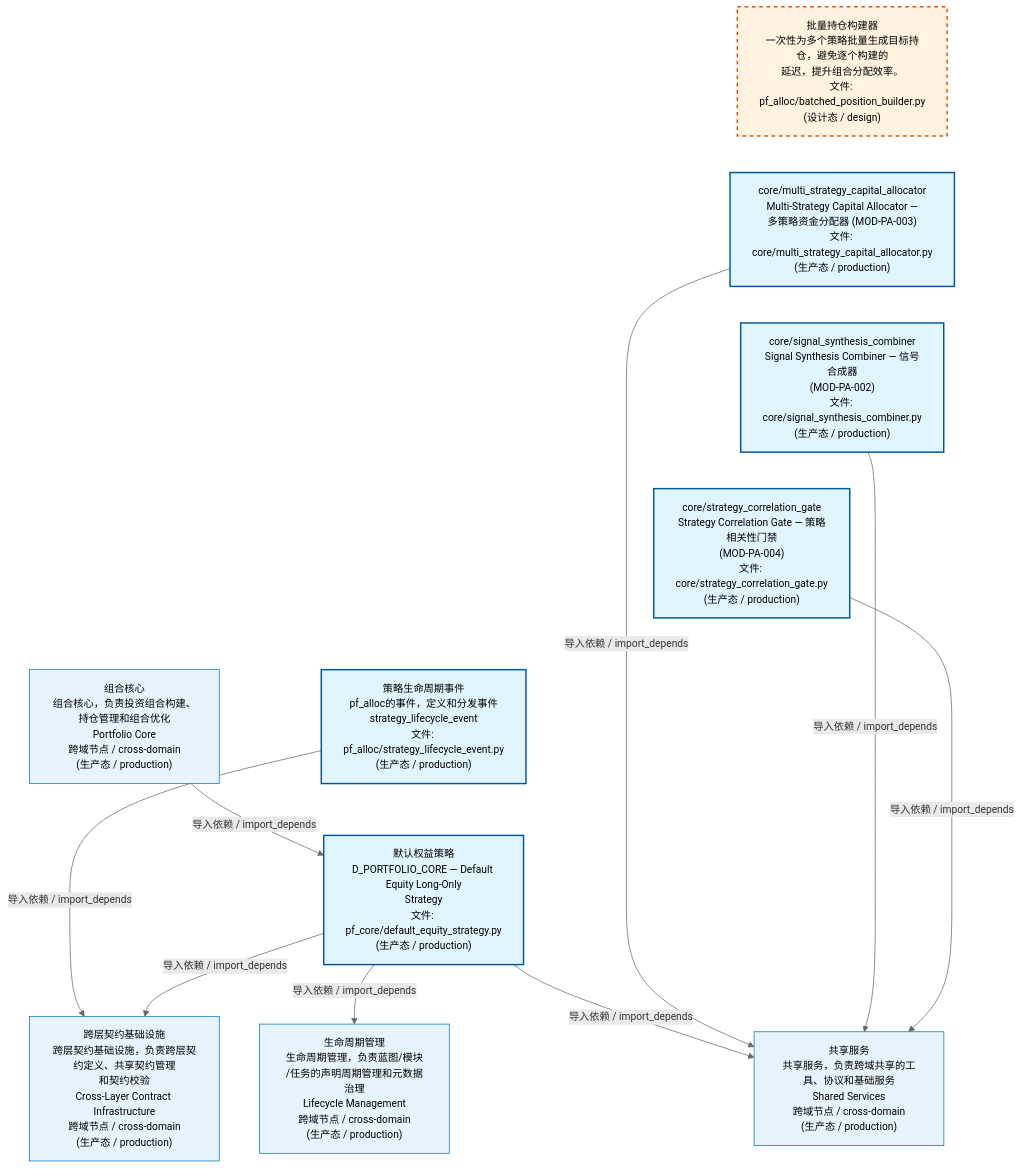
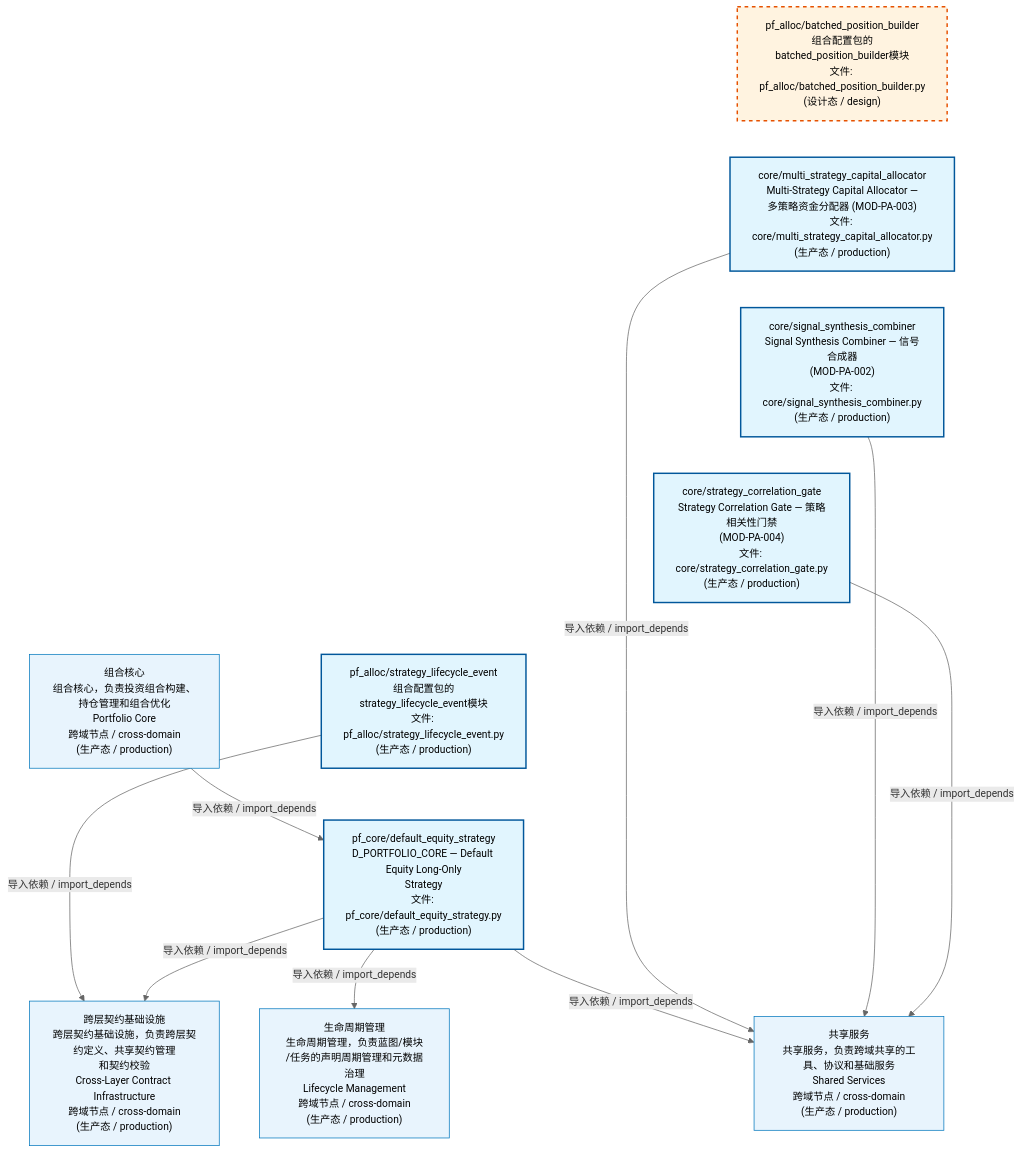
One commit to xuanFelixVan/ZephyrAlpha changed the first of 4 diagrams in docs/02_enterprise_architecture/02_domain_architecture_docs/62_d_pf_alloc.md. Above: the diagram before and after it, drawn with Mermaid. The commit also changed other lines of this file and 58 other files, not shown here.

````diff
--- a/docs/02_enterprise_architecture/02_domain_architecture_docs/62_d_pf_alloc.md
+++ b/docs/02_enterprise_architecture/02_domain_architecture_docs/62_d_pf_alloc.md
@@ -53,34 +53,34 @@
 ```mermaid
 %%{init: {'theme': 'base', 'themeVariables': {'primaryColor': '#eaeaea', 'primaryTextColor': '#333333', 'primaryBorderColor': '#666666', 'lineColor': '#666666', 'secondaryColor': '#eaeaea', 'tertiaryColor': '#eaeaea', 'fontSize': '14px'}}}%%
 flowchart TD
-    src_zephyr_pf_alloc_batched_position_builder_py["批量持仓构建器<br/>一次性为多个策略批量生成目标持仓，避免逐个构建的<br/>延迟，提升组合分配效率。<br/>文件: pf_alloc/batched_position_builder.py<br/>(设计态 / design)"]
+    src_zephyr_pf_alloc_batched_position_builder_py["pf_alloc/batched_position_builder<br/>组合配置包的batched_position_builder模块<br/>文件: pf_alloc/batched_position_builder.py<br/>(设计态 / design)"]
     src_zephyr_pf_alloc_core_multi_strategy_capital_allocator_py["core/multi_strategy_capital_allocator<br/>Multi-Strategy Capital Allocator —<br/>多策略资金分配器 (MOD-PA-003)<br/>文件: core/multi_strategy_capital_allocator.py<br/>(生产态 / production)"]
     src_zephyr_pf_alloc_core_signal_synthesis_combiner_py["core/signal_synthesis_combiner<br/>Signal Synthesis Combiner — 信号合成器<br/>(MOD-PA-002)<br/>文件: core/signal_synthesis_combiner.py<br/>(生产态 / production)"]
     src_zephyr_pf_alloc_core_strategy_correlation_gate_py["core/strategy_correlation_gate<br/>Strategy Correlation Gate — 策略相关性门禁<br/>(MOD-PA-004)<br/>文件: core/strategy_correlation_gate.py<br/>(生产态 / production)"]
-    src_zephyr_pf_alloc_strategy_lifecycle_event_py["策略生命周期事件<br/>pf_alloc的事件，定义和分发事件<br/>strategy_lifecycle_event<br/>文件: pf_alloc/strategy_lifecycle_event.py<br/>(生产态 / production)"]
-    src_zephyr_pf_core_default_equity_strategy_py["默认权益策略<br/>D_PORTFOLIO_CORE — Default Equity Long-Only<br/>Strategy<br/>文件: pf_core/default_equity_strategy.py<br/>(生产态 / production)"]
+    src_zephyr_pf_alloc_strategy_lifecycle_event_py["pf_alloc/strategy_lifecycle_event<br/>组合配置包的strategy_lifecycle_event模块<br/>文件: pf_alloc/strategy_lifecycle_event.py<br/>(生产态 / production)"]
+    src_zephyr_pf_core_default_equity_strategy_py["pf_core/default_equity_strategy<br/>D_PORTFOLIO_CORE — Default Equity Long-Only<br/>Strategy<br/>文件: pf_core/default_equity_strategy.py<br/>(生产态 / production)"]
     src_zephyr_pf_alloc_batched_position_builder_py ~~~ src_zephyr_pf_alloc_core_multi_strategy_capital_allocator_py
     src_zephyr_pf_alloc_core_multi_strategy_capital_allocator_py ~~~ src_zephyr_pf_alloc_core_signal_synthesis_combiner_py
     src_zephyr_pf_alloc_core_signal_synthesis_combiner_py ~~~ src_zephyr_pf_alloc_core_strategy_correlation_gate_py
     src_zephyr_pf_alloc_core_strategy_correlation_gate_py ~~~ src_zephyr_pf_alloc_strategy_lifecycle_event_py
     src_zephyr_pf_alloc_strategy_lifecycle_event_py ~~~ src_zephyr_pf_core_default_equity_strategy_py
     D_SHARED["共享服务<br/>共享服务，负责跨域共享的工具、协议和基础服务<br/>Shared Services<br/>跨域节点 / cross-domain<br/>(生产态 / production)"]
     src_zephyr_pf_alloc_core_strategy_correlation_gate_py -->|导入依赖 / import_depends| D_SHARED
     src_zephyr_pf_alloc_core_signal_synthesis_combiner_py -->|导入依赖 / import_depends| D_SHARED
     src_zephyr_pf_alloc_core_multi_strategy_capital_allocator_py -->|导入依赖 / import_depends| D_SHARED
     D_INFRASTRUCTURE["跨层契约基础设施<br/>跨层契约基础设施，负责跨层契约定义、共享契约管理<br/>和契约校验<br/>Cross-Layer Contract Infrastructure<br/>跨域节点 / cross-domain<br/>(生产态 / production)"]
     src_zephyr_pf_core_default_equity_strategy_py -->|导入依赖 / import_depends| D_INFRASTRUCTURE
     src_zephyr_pf_alloc_strategy_lifecycle_event_py -->|导入依赖 / import_depends| D_INFRASTRUCTURE
     src_zephyr_pf_core_default_equity_strategy_py -->|导入依赖 / import_depends| D_SHARED
     D_GOVERNANCE["生命周期管理<br/>生命周期管理，负责蓝图/模块<br/>/任务的声明周期管理和元数据治理<br/>Lifecycle Management<br/>跨域节点 / cross-domain<br/>(生产态 / production)"]
     src_zephyr_pf_core_default_equity_strategy_py -->|导入依赖 / import_depends| D_GOVERNANCE
     D_PF_CORE["组合核心<br/>组合核心，负责投资组合构建、持仓管理和组合优化<br/>Portfolio Core<br/>跨域节点 / cross-domain<br/>(生产态 / production)"]
     D_PF_CORE -->|导入依赖 / import_depends| src_zephyr_pf_core_default_equity_strategy_py
     classDef production fill:#e1f5fe,stroke:#01579b,stroke-width:2px,color:#000
     classDef design fill:#fff3e0,stroke:#e65100,stroke-width:2px,color:#000,stroke-dasharray: 5 5
     classDef external_prod fill:#e8f4fd,stroke:#0277bd,stroke-width:1px,color:#000
     classDef external_design fill:#fff8e7,stroke:#ef6c00,stroke-width:1px,color:#000,stroke-dasharray: 5 5
     class src_zephyr_pf_alloc_core_multi_strategy_capital_allocator_py,src_zephyr_pf_alloc_core_signal_synthesis_combiner_py,src_zephyr_pf_alloc_core_strategy_correlation_gate_py,src_zephyr_pf_alloc_strategy_lifecycle_event_py,src_zephyr_pf_core_default_equity_strategy_py production
     class src_zephyr_pf_alloc_batched_position_builder_py design
     class D_SHARED,D_INFRASTRUCTURE,D_GOVERNANCE,D_PF_CORE external_prod
 ```
````
